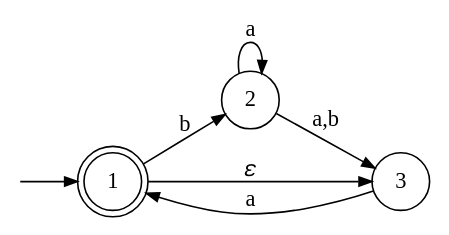
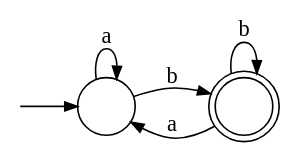
The first of 4 diagrams in src/ct0374/01/02/README.md (alek3y/cs), drawn with Graphviz before and after one commit. The commit also changed other lines of this file and 3 other files, not shown here.

````diff
--- a/src/ct0374/01/02/README.md
+++ b/src/ct0374/01/02/README.md
@@ -16,19 +28,18 @@
 ```dot process
 digraph {
 	rankdir=LR
 	node [shape=circle]
 	edge [arrowsize=0.8]
 
-	1 [label="1" shape=doublecircle]
-	2 [label="2"]
-	3 [label="3"]
+	1 [label=""]
+	2 [label="" shape=doublecircle]
 	_0 [shape=point width=0 height=inf style=invis]
 
 	_0 -> 1
-	1 -> 3 [label="𝜀"]
 	1 -> 2 [label="b"]
-	2 -> 3 [label="a,b"]
-	3 -> 1 [label="a"]
-	2 -> 2 [label="a"]
+	1 -> 2 [style=invis]
+	2 -> 1 [label="a"]
+	1 -> 1 [label="a"]
+	2 -> 2 [label="b"]
 }
 ```
````
